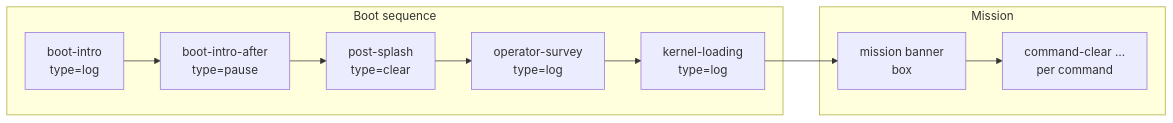
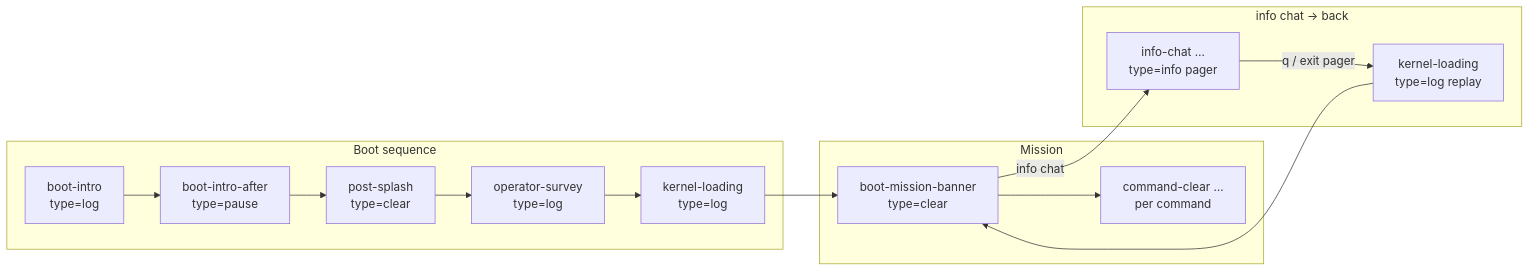
One commit to OrithmicSoftware/terminal-hs-game changed the first of 2 diagrams in docs/scenes.md. Above: the diagram before and after it, drawn with Mermaid. The commit also changed other lines of this file and 68 other files, not shown here.

````diff
--- a/docs/scenes.md
+++ b/docs/scenes.md
@@ -41,13 +43,18 @@
 ```mermaid
 flowchart LR
   subgraph boot["Boot sequence"]
     A["boot-intro<br/>type=log"] --> B["boot-intro-after<br/>type=pause"]
     B --> C["post-splash<br/>type=clear"]
     C --> D["operator-survey<br/>type=log"]
     D --> E["kernel-loading<br/>type=log"]
   end
   subgraph shell["Mission"]
-    E --> F["mission banner<br/>box"]
+    E --> F["boot-mission-banner<br/>type=clear"]
     F --> G["command-clear …<br/>per command"]
   end
+  subgraph infoChat["info chat → back"]
+    F -->|"info chat"| H["info-chat …<br/>type=info pager"]
+    H -->|"q / exit pager"| I["kernel-loading<br/>type=log replay"]
+    I --> F
+  end
 ```
````
